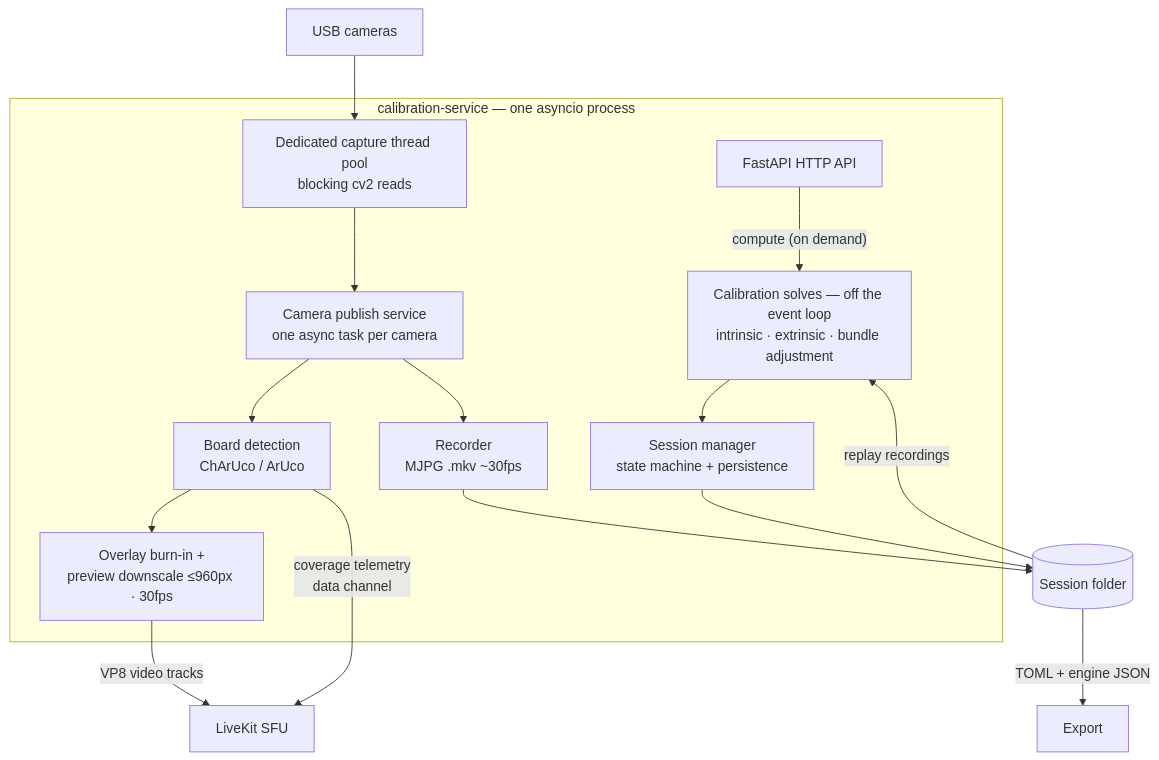
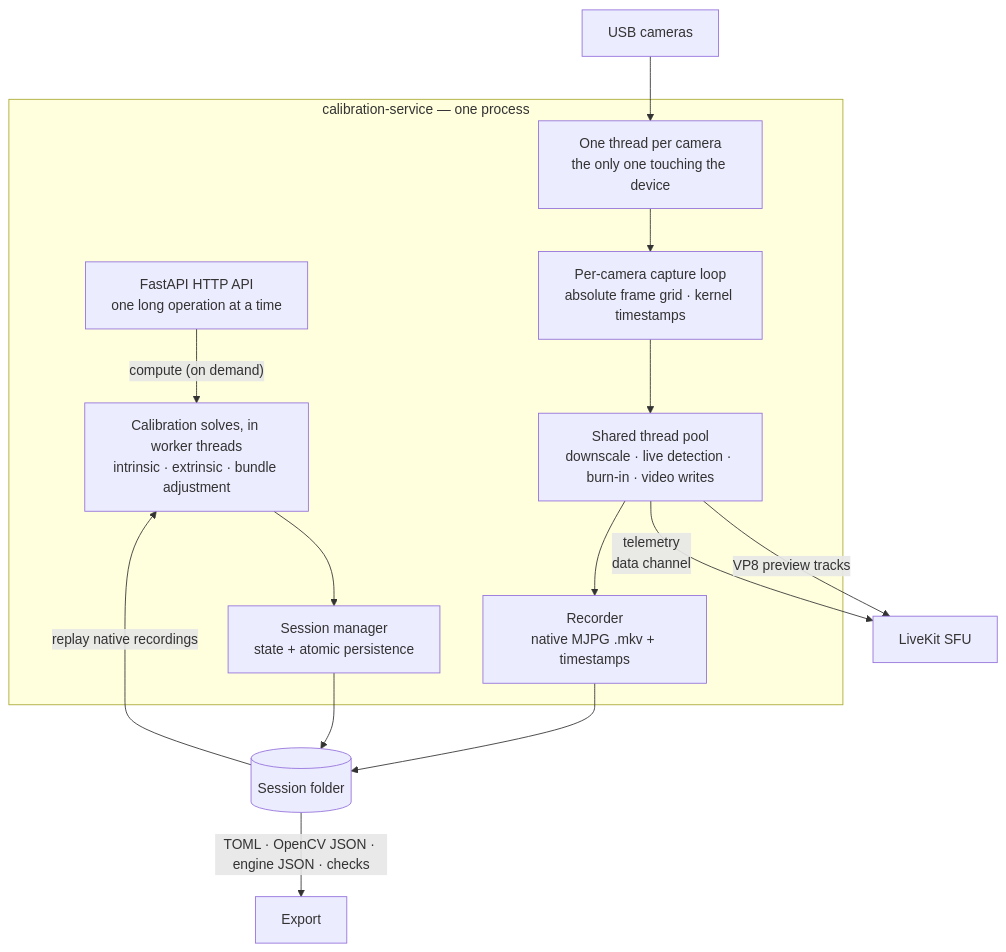
Before and after one commit to hans-brgs/realtime-calib: the second of 2 diagrams in docs-site/docs/architecture/overview.md, drawn with Mermaid. The commit also changed other lines of this file and 20 other files, not shown here.

````diff
--- a/docs-site/docs/architecture/overview.md
+++ b/docs-site/docs/architecture/overview.md
@@ -93,23 +71,22 @@
 ```mermaid
 graph TD
-    subgraph svc [calibration-service — one asyncio process]
-        API[FastAPI HTTP API]
-        PS[Camera publish service<br/>one async task per camera]
-        POOL[Dedicated capture thread pool<br/>blocking cv2 reads]
-        DET[Board detection<br/>ChArUco / ArUco]
-        BURN[Overlay burn-in +<br/>preview downscale ≤960px · 30fps]
-        REC[Recorder<br/>MJPG .mkv ~30fps]
-        SOLVE[Calibration solves — off the event loop<br/>intrinsic · extrinsic · bundle adjustment]
-        SM[Session manager<br/>state machine + persistence]
+    subgraph svc [calibration-service — one process]
+        API[FastAPI HTTP API<br/>one long operation at a time]
+        LOOP[Per-camera capture loop<br/>absolute frame grid · kernel timestamps]
+        DEV[One thread per camera<br/>the only one touching the device]
+        POOL[Shared thread pool<br/>downscale · live detection · burn-in · video writes]
+        REC[Recorder<br/>native MJPG .mkv + timestamps]
+        SOLVE[Calibration solves, in worker threads<br/>intrinsic · extrinsic · bundle adjustment]
+        SM[Session manager<br/>state + atomic persistence]
     end
 
-    CAM[USB cameras] --> POOL --> PS
-    PS --> DET --> BURN
-    BURN -->|VP8 video tracks| LK[LiveKit SFU]
-    DET -->|coverage telemetry<br/>data channel| LK
-    PS --> REC --> DISK[(Session folder)]
+    CAM[USB cameras] --> DEV --> LOOP
+    LOOP --> POOL
+    POOL -->|VP8 preview tracks| LK[LiveKit SFU]
+    POOL -->|telemetry<br/>data channel| LK
+    POOL --> REC --> DISK[(Session folder)]
     API -->|"compute (on demand)"| SOLVE
-    DISK -->|replay recordings| SOLVE
+    DISK -->|replay native recordings| SOLVE
     SOLVE --> SM --> DISK
-    DISK -->|TOML + engine JSON| EXPORT[Export]
+    DISK -->|TOML · OpenCV JSON · engine JSON · checks| EXPORT[Export]
 ```
````
